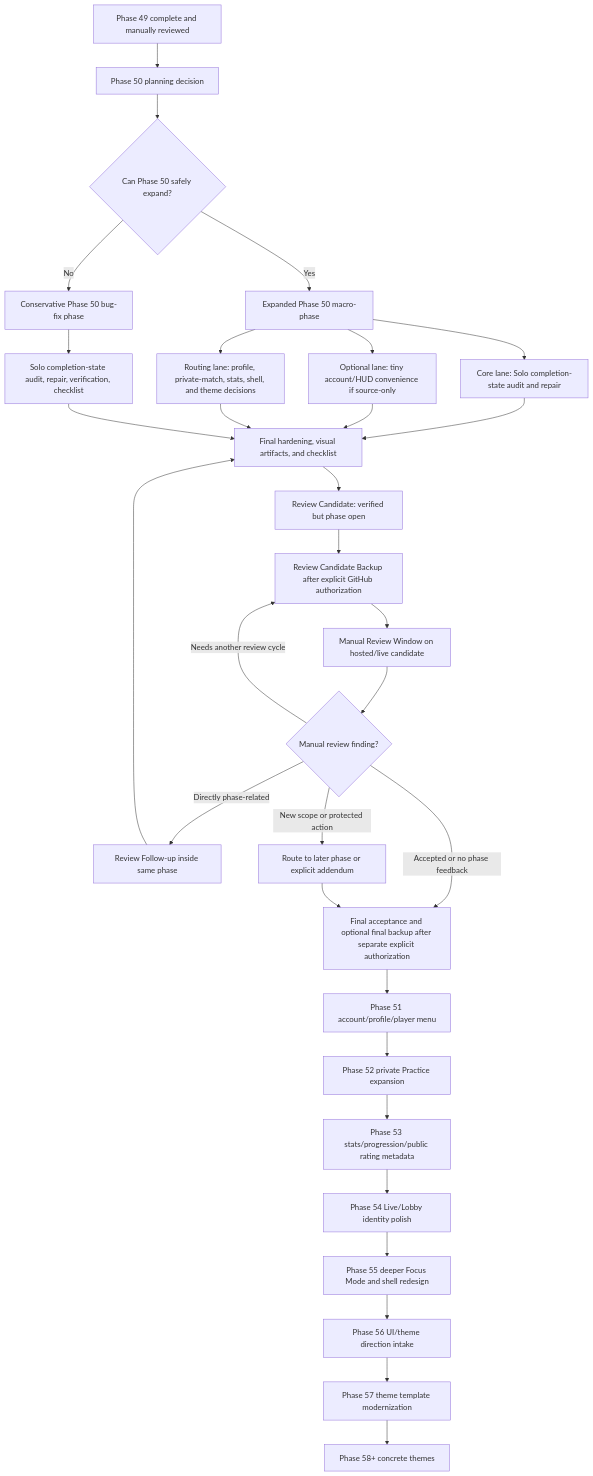
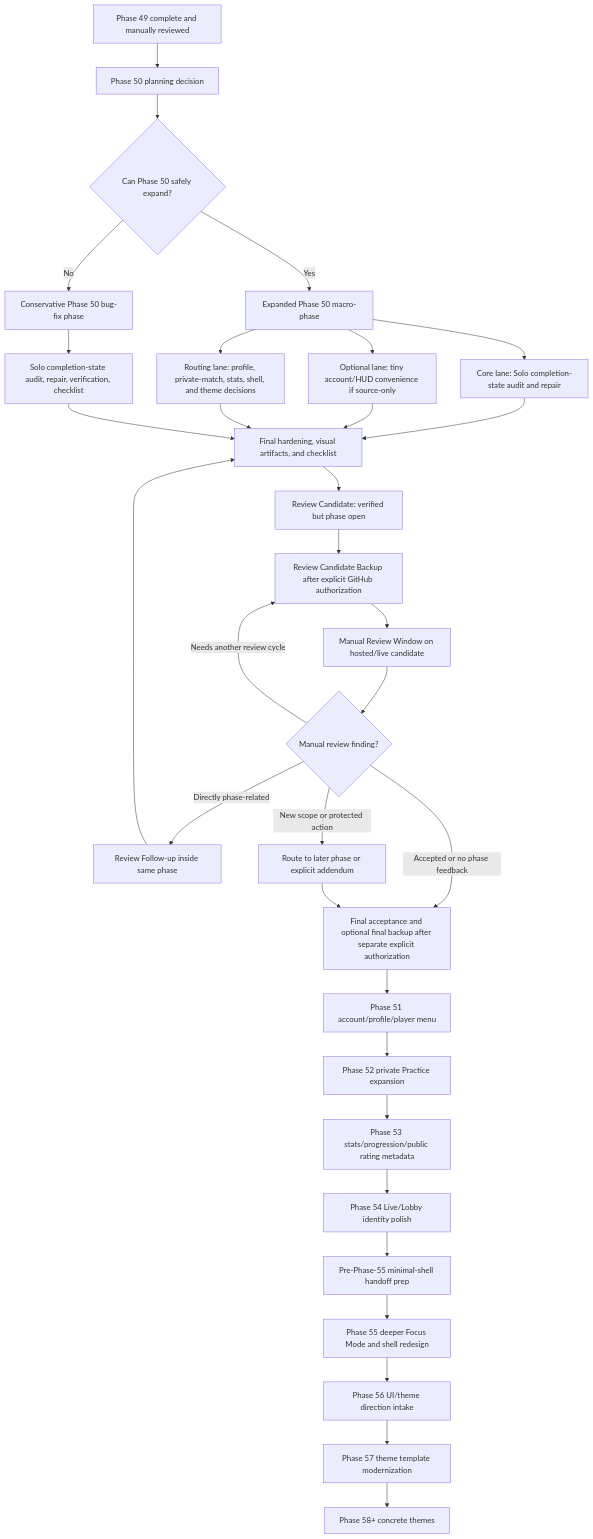
The diagram in planning/FUTURE-WORKFLOW-TIMELINE.md (ryanjosephkamp/brrrdle-dev), drawn with Mermaid before and after one commit. The commit also changed other lines of this file and 25 other files, not shown here.

````diff
--- a/planning/FUTURE-WORKFLOW-TIMELINE.md
+++ b/planning/FUTURE-WORKFLOW-TIMELINE.md
@@ -145,37 +171,38 @@
 ```mermaid
 flowchart TB
     A["Phase 49 complete and manually reviewed"] --> B["Phase 50 planning decision"]
     B --> C{"Can Phase 50 safely expand?"}
     C -->|Yes| D["Expanded Phase 50 macro-phase"]
     C -->|No| E["Conservative Phase 50 bug-fix phase"]
 
     D --> D1["Core lane: Solo completion-state audit and repair"]
     D --> D2["Optional lane: tiny account/HUD convenience if source-only"]
     D --> D3["Routing lane: profile, private-match, stats, shell, and theme decisions"]
     E --> E1["Solo completion-state audit, repair, verification, checklist"]
 
     D1 --> F["Final hardening, visual artifacts, and checklist"]
     D2 --> F
     D3 --> F
     E1 --> F
 
     F --> R["Review Candidate: verified but phase open"]
     R --> RB["Review Candidate Backup after explicit GitHub authorization"]
     RB --> MR["Manual Review Window on hosted/live candidate"]
     MR --> Q{"Manual review finding?"}
     Q -->|Directly phase-related| RF["Review Follow-up inside same phase"]
     RF --> F
     Q -->|Needs another review cycle| RB
     Q -->|Accepted or no phase feedback| G["Final acceptance and optional final backup after separate explicit authorization"]
     Q -->|New scope or protected action| NX["Route to later phase or explicit addendum"]
     NX --> G
 
     G --> H["Phase 51 account/profile/player menu"]
     H --> I["Phase 52 private Practice expansion"]
     I --> J["Phase 53 stats/progression/public rating metadata"]
     J --> K["Phase 54 Live/Lobby identity polish"]
-    K --> L["Phase 55 deeper Focus Mode and shell redesign"]
+    K --> P["Pre-Phase-55 minimal-shell handoff prep"]
+    P --> L["Phase 55 deeper Focus Mode and shell redesign"]
     L --> M["Phase 56 UI/theme direction intake"]
     M --> N["Phase 57 theme template modernization"]
     N --> O["Phase 58+ concrete themes"]
 ```
````
